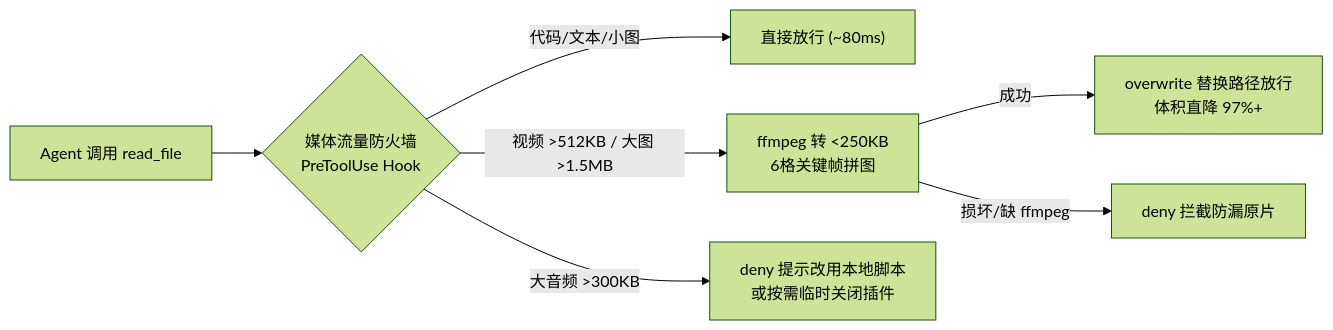
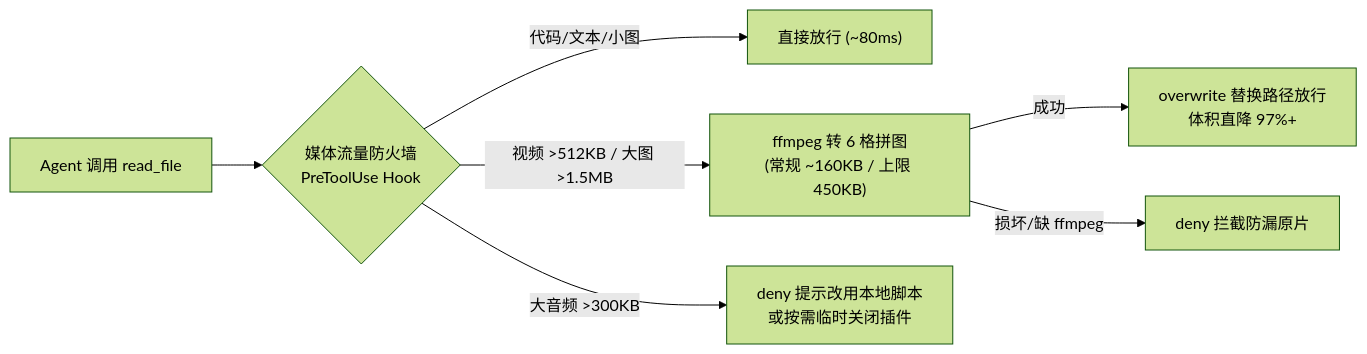
One commit to zhangzhangwudi2-creator/antigravity-traffic-guard changed the diagram in README.md. Above: the diagram before and after it, drawn with Mermaid (forest theme). The commit also changed other lines of this file and 3 other files, not shown here.

````diff
--- a/README.md
+++ b/README.md
@@ -24,9 +25,9 @@
 ```mermaid
 flowchart LR
   A["Agent 调用 read_file"] --> B{"媒体流量防火墙<br/>PreToolUse Hook"}
   B -- "代码/文本/小图" --> C["直接放行 (~80ms)"]
-  B -- "视频 >512KB / 大图 >1.5MB" --> D["ffmpeg 转 <250KB<br/>6格关键帧拼图"]
+  B -- "视频 >512KB / 大图 >1.5MB" --> D["ffmpeg 转 6 格拼图<br/>(常规 ~160KB / 上限 450KB)"]
   D -- "成功" --> E["overwrite 替换路径放行<br/>体积直降 97%+"]
   D -- "损坏/缺 ffmpeg" --> F["deny 拦截防漏原片"]
   B -- "大音频 >300KB" --> G["deny 提示改用本地脚本<br/>或按需临时关闭插件"]
 ```
````
